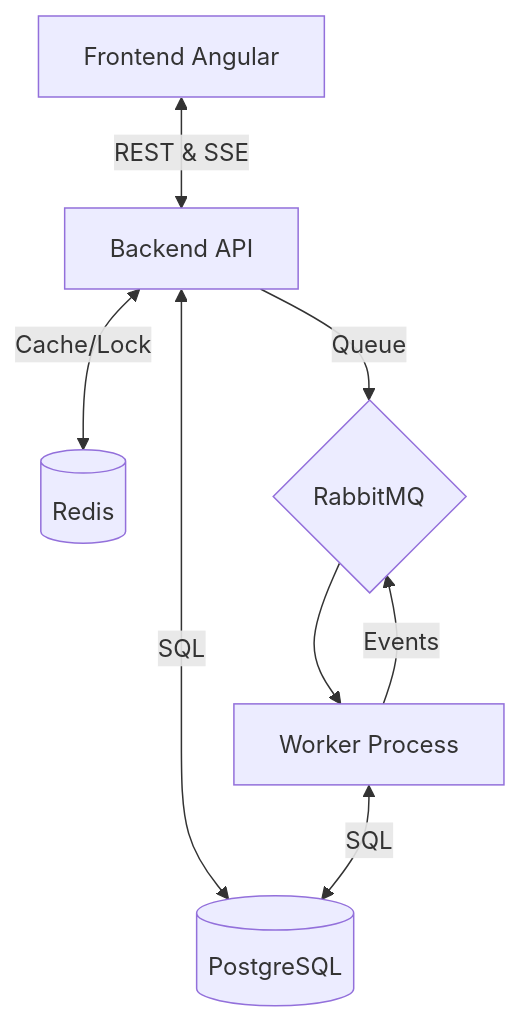
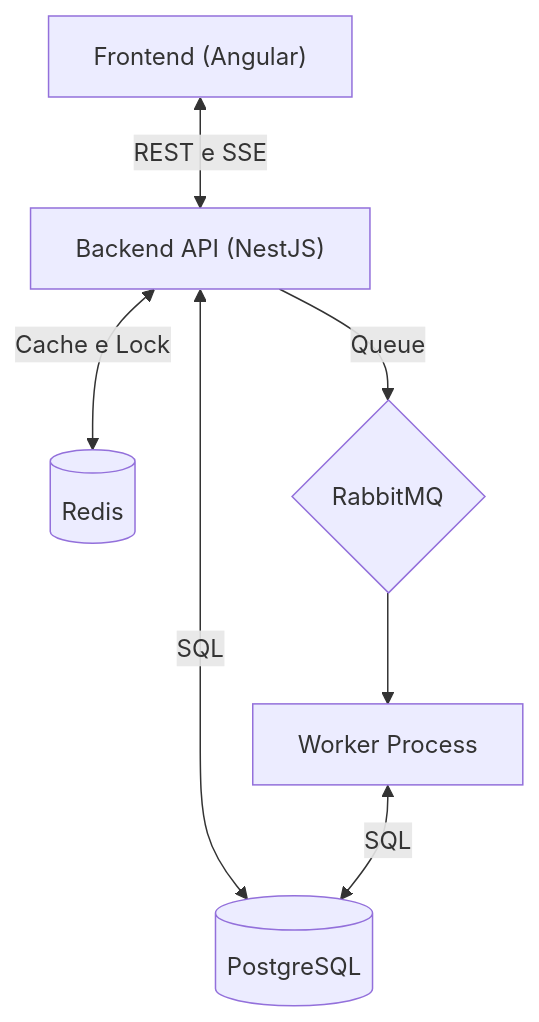
Before and after one commit to mcanalli/big_chat_brasil: the diagram in README.md, drawn with Mermaid. The commit also changed 1 other file, not shown here.

Commit message:
docs: update architecture diagram in README
- Update Mermaid diagram syntax for better readability and clarity.
- Add explicit technology labels (NestJS, Angular) to the architecture nodes.
- Refine connection descriptions to use Portuguese consistently (e.g., "e" instead of "&").
- Remove redundant "Events" loop from the worker process to simplify the flow.
- Note: This commit also includes updated build information for the backend.

````diff
--- a/README.md
+++ b/README.md
@@ -17,10 +17,9 @@
 ```mermaid
 graph TD
-    FE[Frontend Angular] <-->|REST & SSE| API[Backend API]
-    API <-->|SQL| DB[(PostgreSQL)]
-    API <-->|Cache/Lock| RD[(Redis)]
-    API -->|Queue| RMQ{RabbitMQ}
-    RMQ --> WK[Worker Process]
+    FE["Frontend (Angular)"] <-->|REST e SSE| API["Backend API (NestJS)"]
+    API <-->|SQL| DB[("PostgreSQL")]
+    API <-->|Cache e Lock| RD[("Redis")]
+    API -->|Queue| RMQ{"RabbitMQ"}
+    RMQ --> WK["Worker Process"]
     WK <-->|SQL| DB
-    WK -->|Events| RMQ
 ```
````
